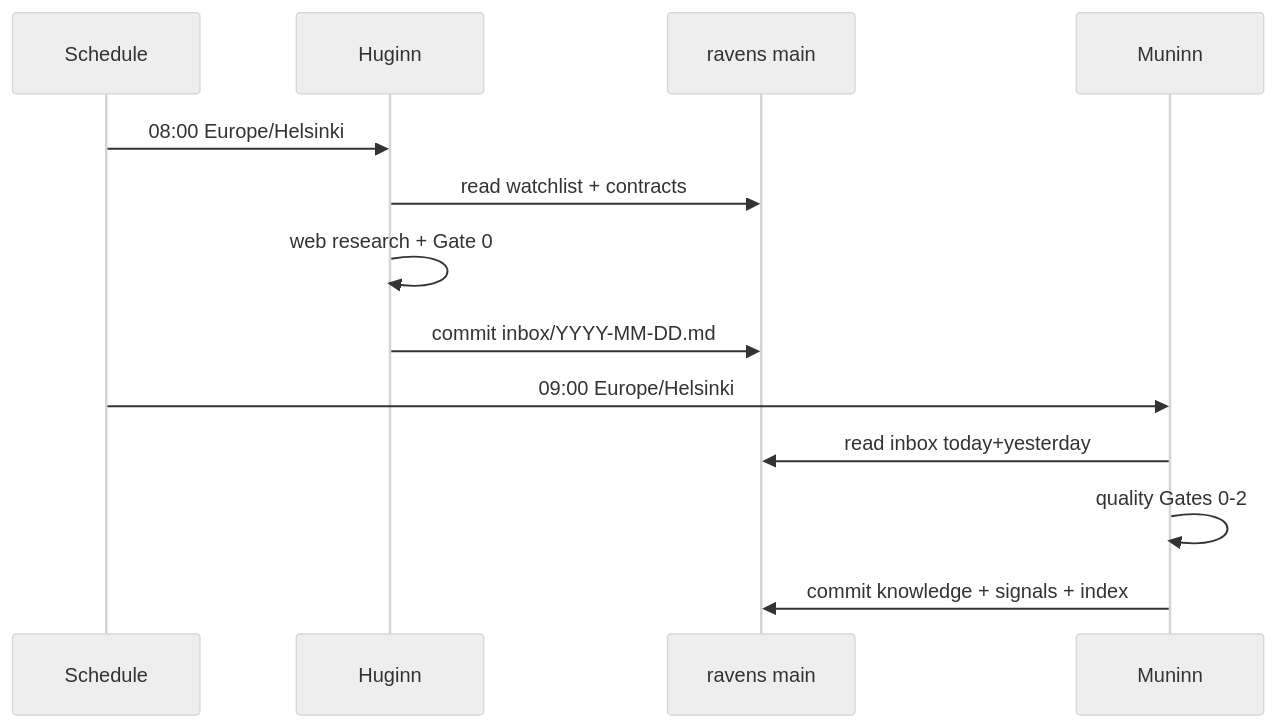
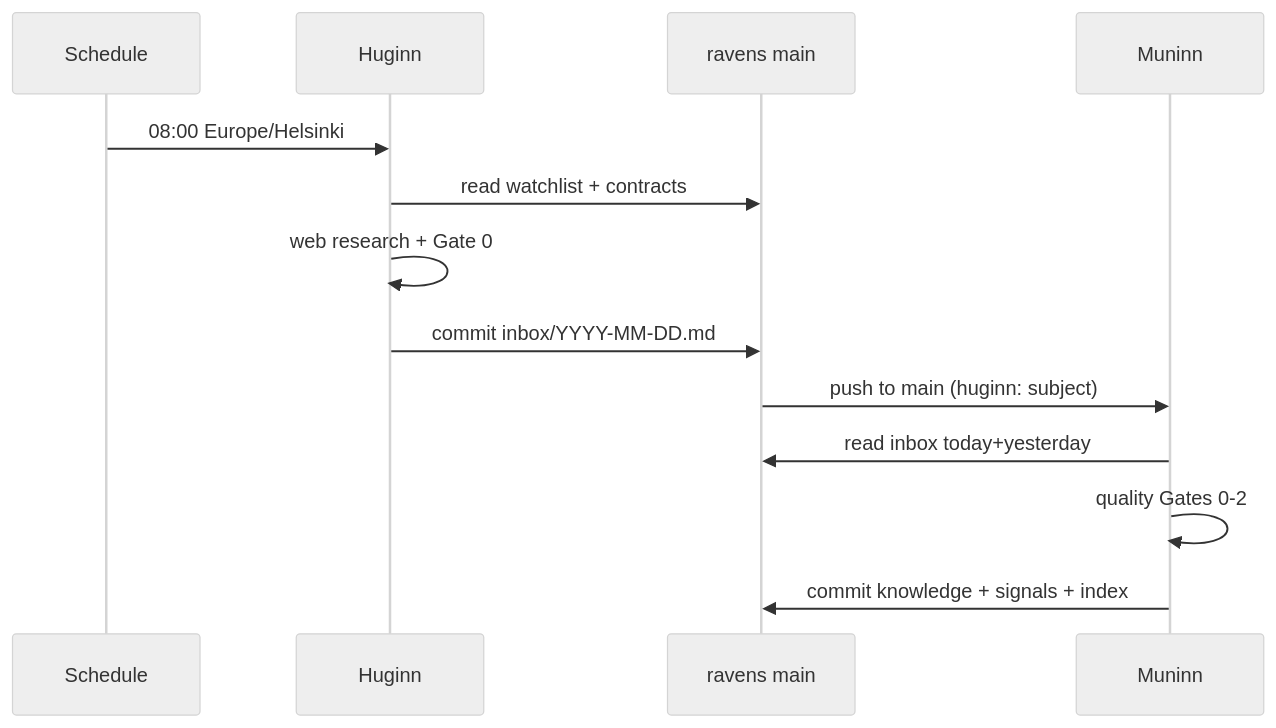
One commit to AlexTouvras/ravens changed the second of 4 diagrams in docs/architecture/overview.md. Above: the diagram before and after it, drawn with Mermaid (neutral theme). The commit also changed other lines of this file and 6 other files, not shown here.

Commit message:
Trigger Muninn from Huginn landing on main.

````diff
--- a/docs/architecture/overview.md
+++ b/docs/architecture/overview.md
@@ -48,16 +48,16 @@
 ```mermaid
 sequenceDiagram
   participant Cron as Schedule
   participant H as Huginn
   participant Git as ravens main
   participant M as Muninn
 
   Cron->>H: 08:00 Europe/Helsinki
   H->>Git: read watchlist + contracts
   H->>H: web research + Gate 0
   H->>Git: commit inbox/YYYY-MM-DD.md
-  Cron->>M: 09:00 Europe/Helsinki
+  Git->>M: push to main (huginn: subject)
   M->>Git: read inbox today+yesterday
   M->>M: quality Gates 0-2
   M->>Git: commit knowledge + signals + index
 ```
````
